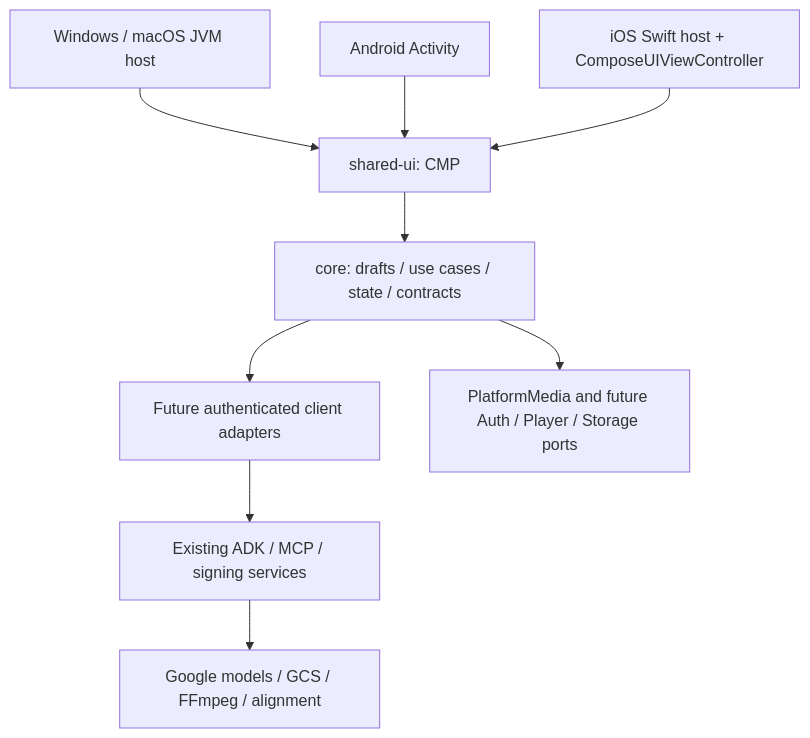
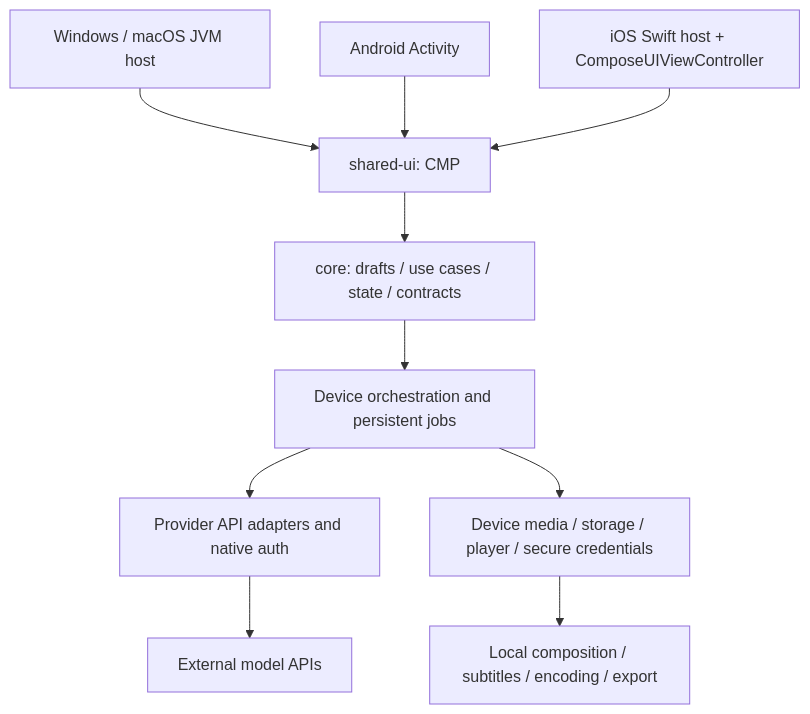
One commit to ak-ing/project-montage changed the diagram in docs/migration/PLAN.md. Above: the diagram before and after it, drawn with Mermaid. The commit also changed other lines of this file and 5 other files, not shown here.

Commit message:
docs: adopt device orchestration with direct model APIs [skip ci]

````diff
--- a/docs/migration/PLAN.md
+++ b/docs/migration/PLAN.md
@@ -55,11 +61,12 @@
 ```mermaid
 flowchart TB
   D[Windows / macOS JVM host] --> UI[shared-ui: CMP]
   A[Android Activity] --> UI
   I[iOS Swift host + ComposeUIViewController] --> UI
   UI --> C[core: drafts / use cases / state / contracts]
-  C --> API[Future authenticated client adapters]
-  API --> S[Existing ADK / MCP / signing services]
-  C --> P[PlatformMedia and future Auth / Player / Storage ports]
-  S --> G[Google models / GCS / FFmpeg / alignment]
+  C --> O[Device orchestration and persistent jobs]
+  O --> API[Provider API adapters and native auth]
+  API --> G[External model APIs]
+  O --> P[Device media / storage / player / secure credentials]
+  P --> E[Local composition / subtitles / encoding / export]
 ```
````
